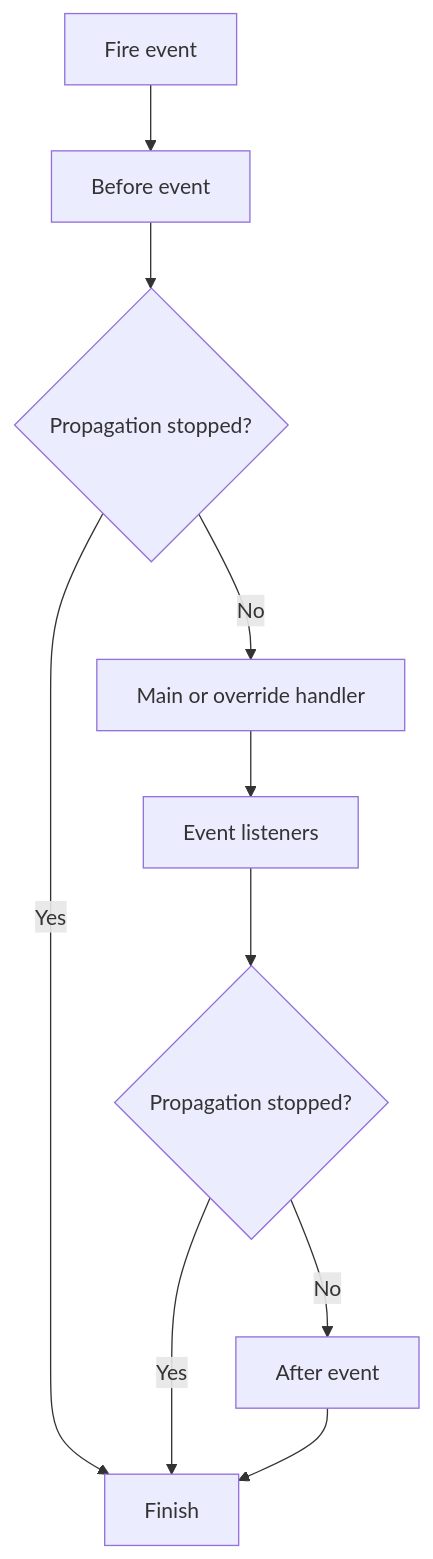
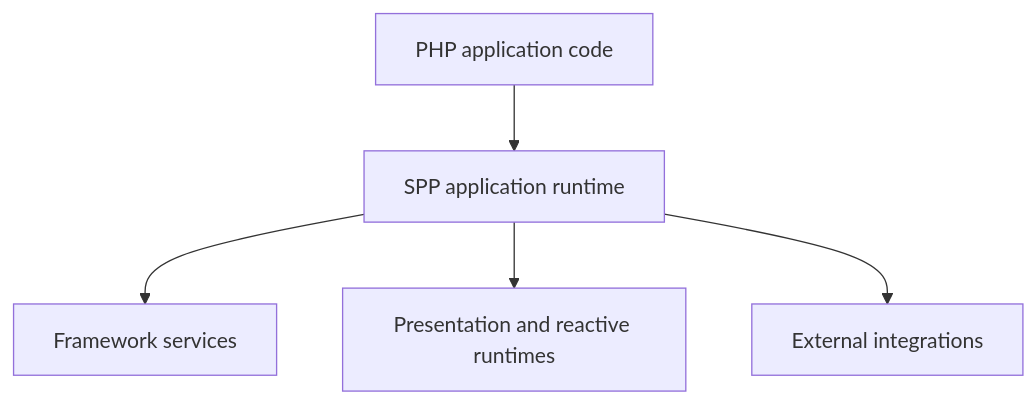
The ninth of 9 diagrams in documentation/handbook/01-getting-started.md (shuklasp/spp), drawn with Mermaid before and after one commit. The commit also changed other lines of this file, not shown here.

````diff
--- a/documentation/handbook/01-getting-started.md
+++ b/documentation/handbook/01-getting-started.md
@@ -123,12 +635,12 @@
 ```mermaid
 flowchart TD
-    A[Fire event] --> B[Before event]
-    B --> C{Propagation stopped?}
-    C -- Yes --> Z[Finish]
-    C -- No --> D[Main or override handler]
-    D --> E[Event listeners]
-    E --> F{Propagation stopped?}
-    F -- Yes --> Z
-    F -- No --> G[After event]
-    G --> Z
+    A[PHP application code]
+    B[SPP application runtime]
+    C[Framework services]
+    D[Presentation and reactive runtimes]
+    E[External integrations]
+    A --> B
+    B --> C
+    B --> D
+    B --> E
 ```
````
